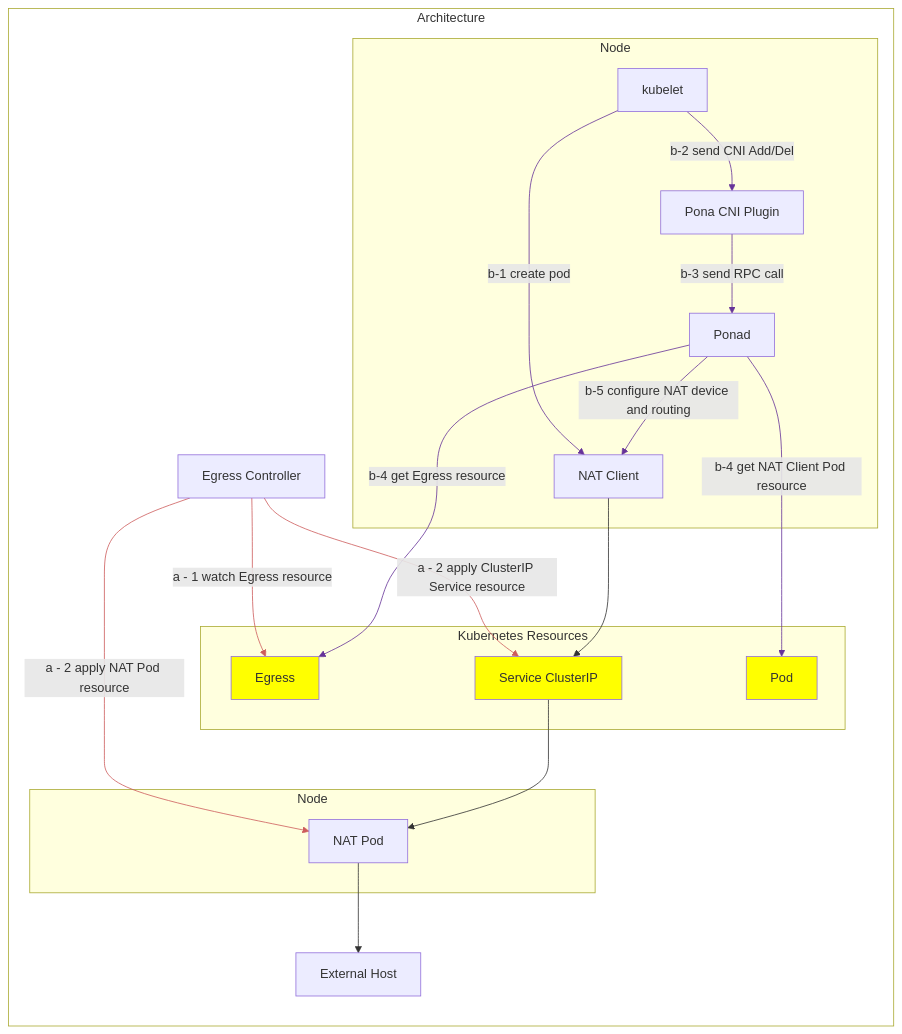
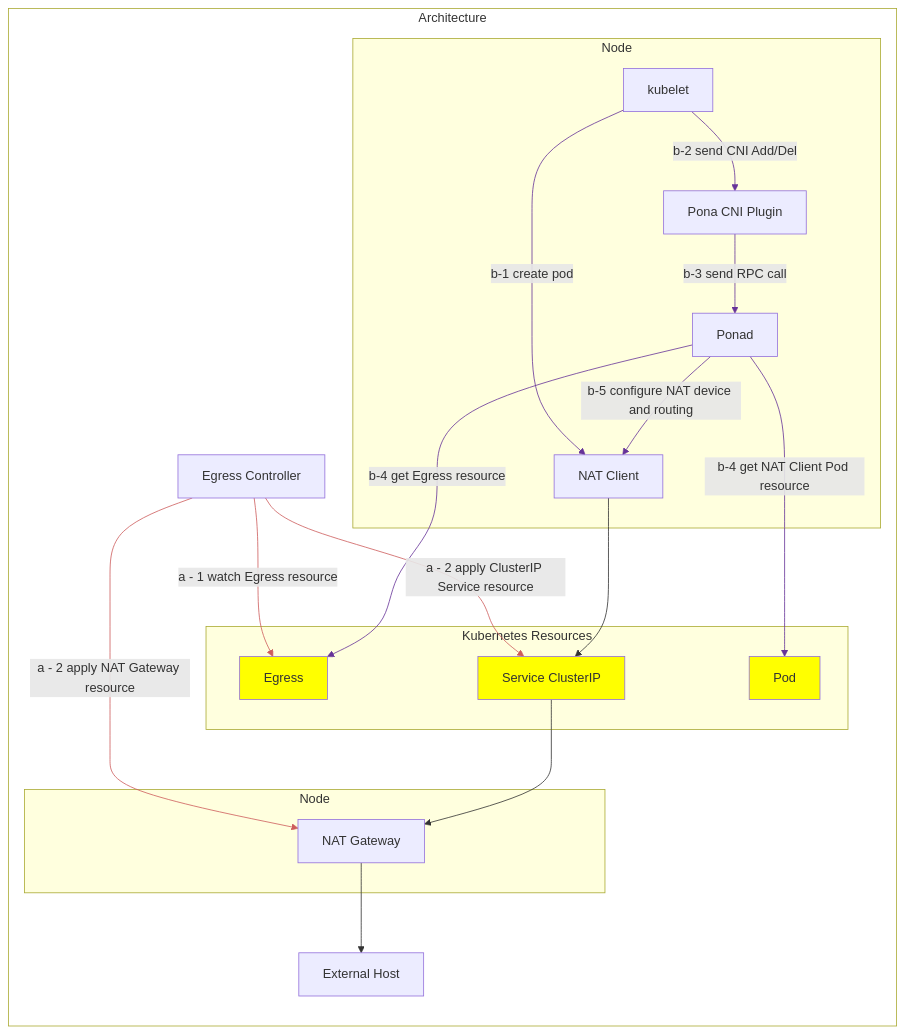
The diagram in docs/design.md (cybozu-go/pona), drawn with Mermaid before and after one commit. The commit also changed other lines of this file and 22 other files, not shown here.

First line of the commit message:
Implement NAT Gateway (#6)

````diff
--- a/docs/design.md
+++ b/docs/design.md
@@ -16,44 +16,44 @@
 ```mermaid
 %%{init:{'theme': 'default'}}%%
 flowchart LR
     style Architecture fill: #FFFFFF
     subgraph Architecture
         subgraph k8s[Kubernetes Resources]
             egress[Egress]:::KubernetesResource
             pod[Pod]:::KubernetesResource
             svc[Service ClusterIP]:::KubernetesResource
         end
 
         classDef KubernetesResource fill: #FFFF00
 
         subgraph ClientNode[Node]
             kubelet
             natClient[NAT Client]
             cniPlugin[Pona CNI Plugin]
             ponad[Ponad]
         end
 
         subgraph ServerNode[Node]
-            natServer[NAT Pod]
+            natServer[NAT Gateway]
         end
 
         controller[Egress Controller]
         external[External Host]
         controller -- a - 1 watch Egress resource --> egress
         controller -- a - 2 apply ClusterIP Service resource --> svc
-        controller -- a - 2 apply NAT Pod resource --> natServer
+        controller -- a - 2 apply NAT Gateway resource --> natServer
         linkStyle 0,1,2 stroke: indianred;
 
         kubelet -- " b-1 create pod " --> natClient
         kubelet -- " b-2 send CNI Add/Del " --> cniPlugin
         cniPlugin -- " b-3 send RPC call " --> ponad
         ponad -- " b-4 get Egress resource " --> egress
         ponad -- " b-4 get NAT Client Pod resource " --> pod
         ponad -- " b-5 configure NAT device and routing " --> natClient
         linkStyle 3,4,5,6,7,8 stroke: rebeccapurple;
 
         natClient --> svc
         svc --> natServer
         natServer --> external
     end
 ```
````
